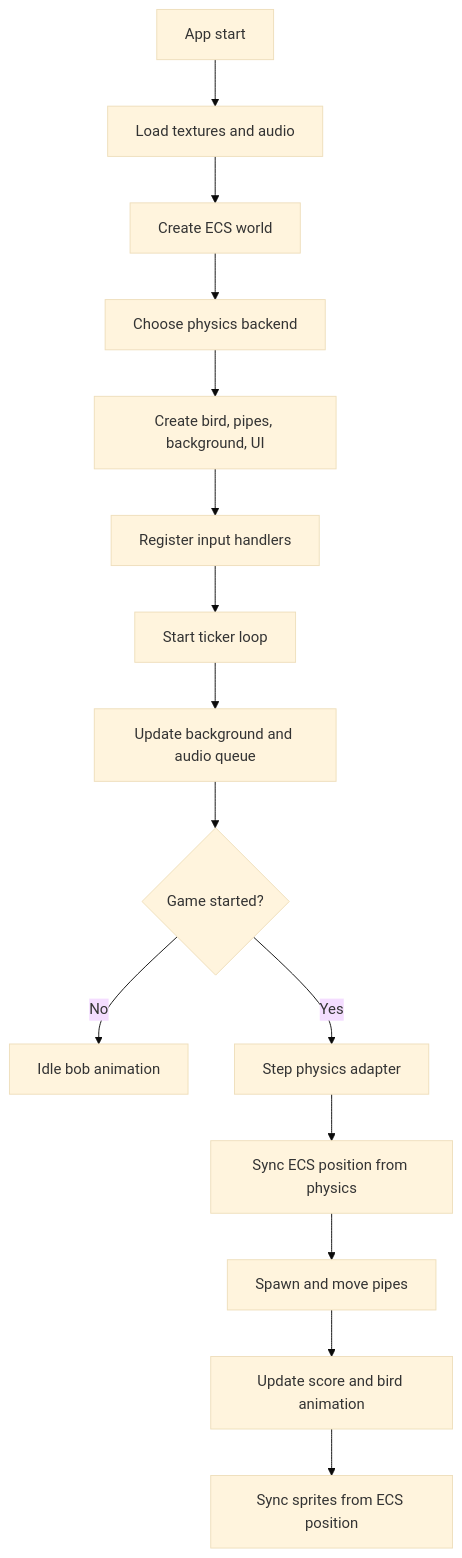
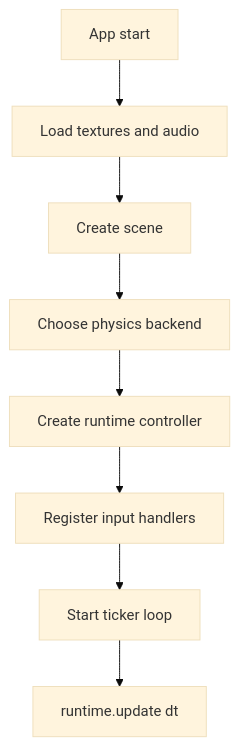
One commit to ArifZx/flappy-ecs changed the first of 7 diagrams in docs/architecture.md. Above: the diagram before and after it, drawn with Mermaid (base theme). The commit also changed other lines of this file, not shown here.

Commit message:
feat: update architecture documentation to clarify app structure and runtime flow

````diff
--- a/docs/architecture.md
+++ b/docs/architecture.md
@@ -31,18 +32,10 @@
 ```mermaid
 flowchart TD
     A[App start] --> B[Load textures and audio]
-    B --> C[Create ECS world]
-    C --> D[Choose physics backend]
-    D --> E[Create bird, pipes, background, UI]
-    E --> F[Register input handlers]
-    F --> G[Start ticker loop]
-
-    G --> H[Update background and audio queue]
-    H --> I{Game started?}
-    I -- No --> J[Idle bob animation]
-    I -- Yes --> K[Step physics adapter]
-    K --> L[Sync ECS position from physics]
-    L --> M[Spawn and move pipes]
-    M --> N[Update score and bird animation]
-    N --> O[Sync sprites from ECS position]
+  B --> C[Create scene]
+  C --> D[Choose physics backend]
+  D --> E[Create runtime controller]
+  E --> F[Register input handlers]
+  F --> G[Start ticker loop]
+  G --> H[runtime.update dt]
 ```
````
